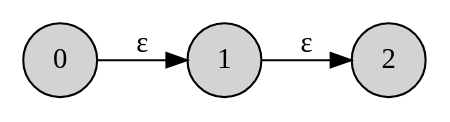
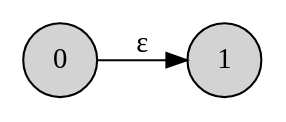
The diagram in automaton/__snapshot__/nfa_trans_symbol_epsilon.dot (illusory0x0/containers.mbt), drawn with Graphviz before and after one commit. The commit also changed 15 other files, not shown here.

```diff
--- a/automaton/__snapshot__/nfa_trans_symbol_epsilon.dot
+++ b/automaton/__snapshot__/nfa_trans_symbol_epsilon.dot
@@ -1,10 +1,8 @@
 
 digraph {
 rankdir=LR;
 node [shape = circle; style = filled;];
 0->1[label="ε"];
-1->2[label="ε"];
 0 [label="0";]
 1 [label="1";]
-2 [label="2";]
 }
```
